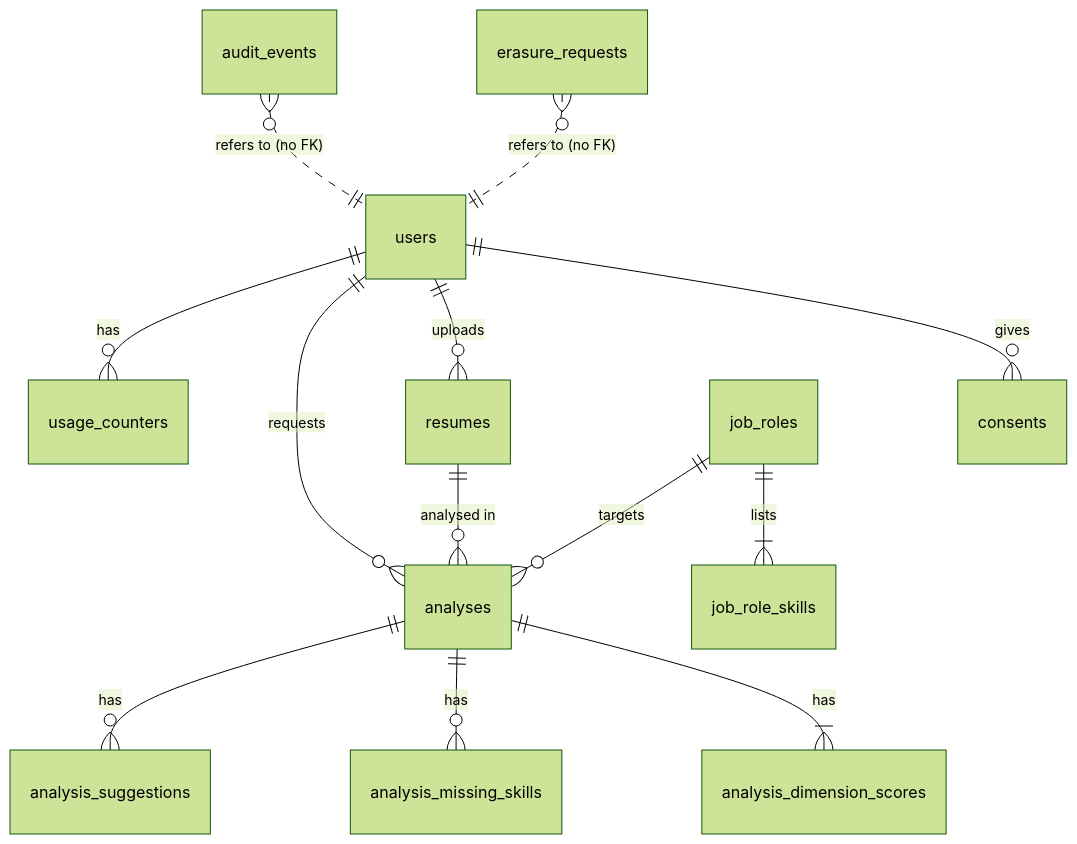
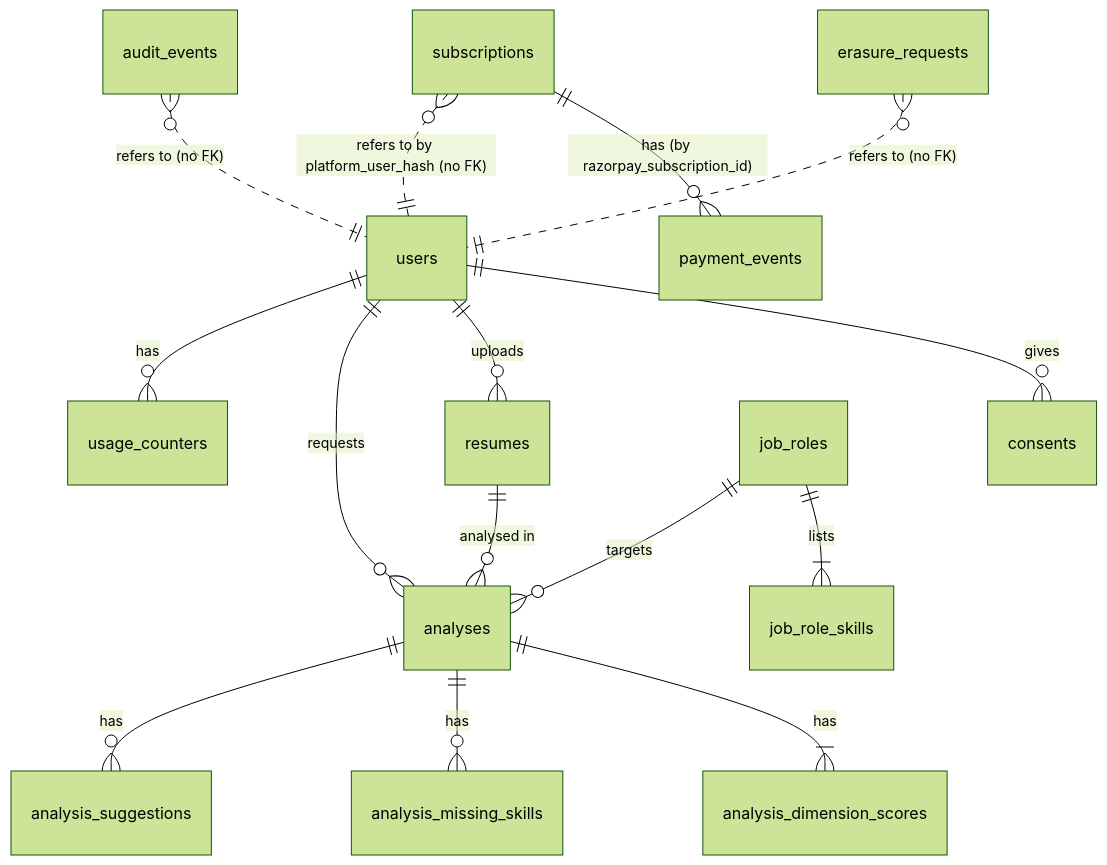
Before and after one commit to divii-school/spec-homework: the eighth of 8 diagrams in madhurima/spec.md, drawn with Mermaid (forest theme). The commit also changed other lines of this file, not shown here.

Commit message:
round 2: add Resume Pro subscription

````diff
--- a/madhurima/spec.md
+++ b/madhurima/spec.md
@@ -696,15 +784,17 @@
 ```mermaid
 erDiagram
   users ||--o{ consents : gives
   users ||--o{ resumes : uploads
   users ||--o{ analyses : requests
   users ||--o{ usage_counters : has
   job_roles ||--|{ job_role_skills : lists
   job_roles ||--o{ analyses : targets
   resumes ||--o{ analyses : "analysed in"
   analyses ||--|{ analysis_dimension_scores : has
   analyses ||--o{ analysis_missing_skills : has
   analyses ||--o{ analysis_suggestions : has
   erasure_requests }o..|| users : "refers to (no FK)"
+  subscriptions ||--o{ payment_events : "has (by razorpay_subscription_id)"
+  subscriptions }o..|| users : "refers to by platform_user_hash (no FK)"
   audit_events }o..|| users : "refers to (no FK)"
 ```
````
